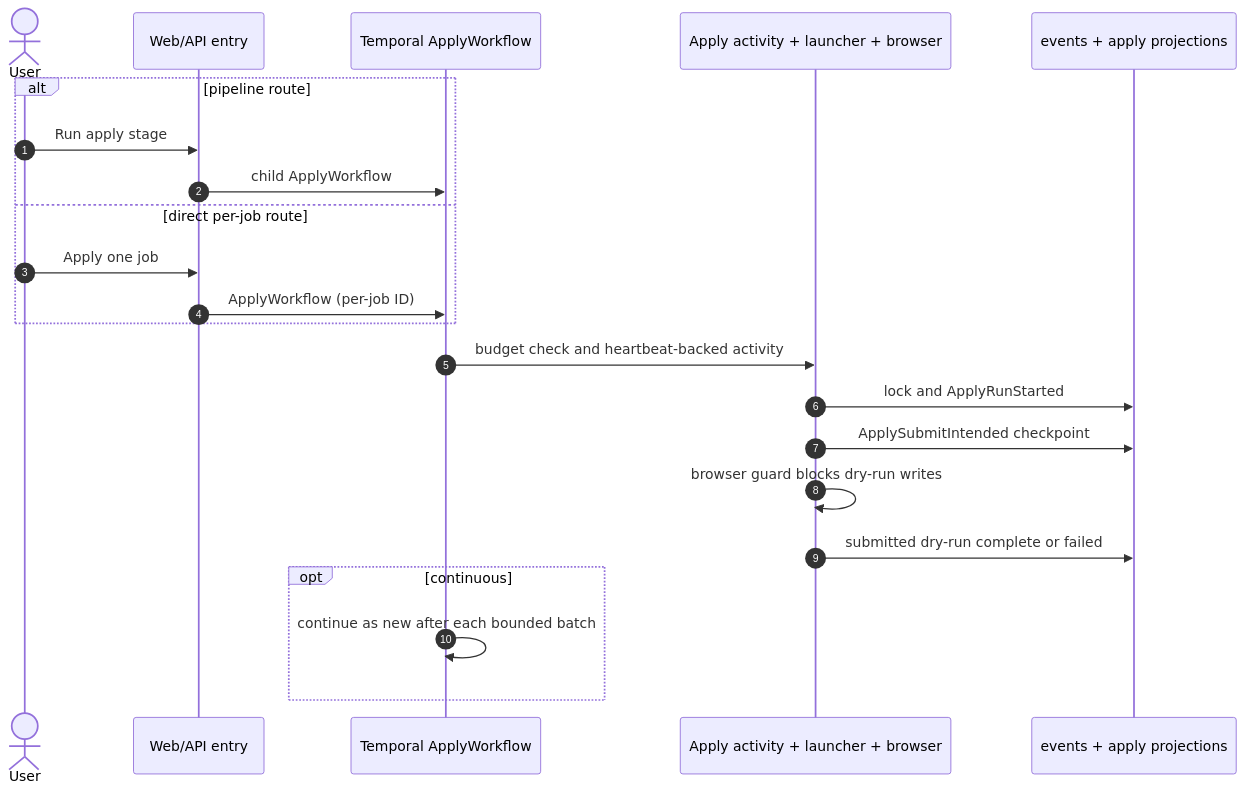
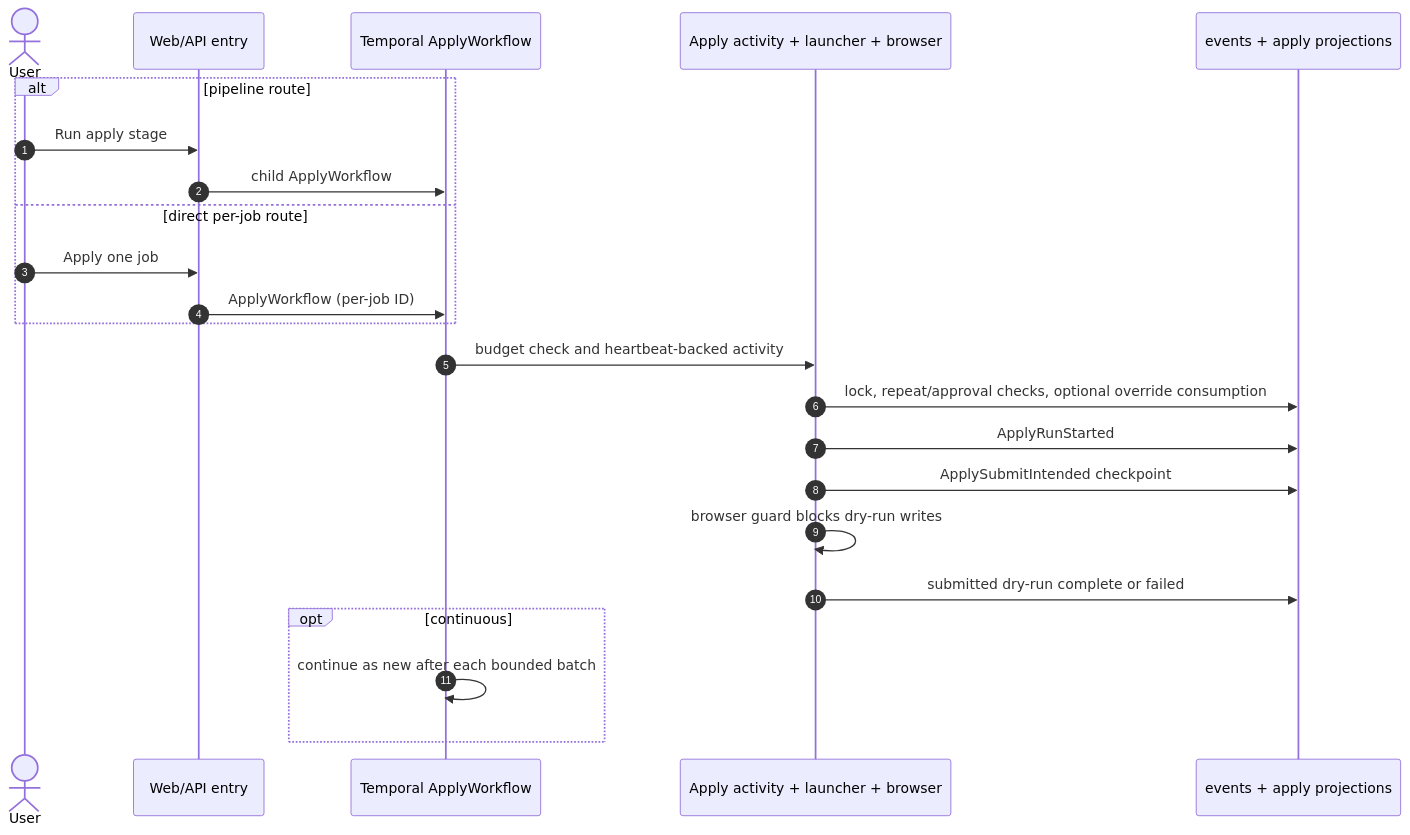
The sixth of 7 diagrams in docs/architecture/pipeline/stages.md (ebarti/JobCtrl), drawn with Mermaid before and after one commit. The commit also changed other lines of this file and 49 other files, not shown here.

First line of the commit message:
feat(apply): prevent repeat applications (#474)

````diff
--- a/docs/architecture/pipeline/stages.md
+++ b/docs/architecture/pipeline/stages.md
@@ -365,25 +365,26 @@
 ```mermaid
 sequenceDiagram
     autonumber
     actor User
     participant Entry as Web/API entry
     participant Flow as Temporal ApplyWorkflow
     participant Runner as Apply activity + launcher + browser
     participant Store as events + apply projections
 
     alt pipeline route
         User->>Entry: Run apply stage
         Entry->>Flow: child ApplyWorkflow
     else direct per-job route
         User->>Entry: Apply one job
         Entry->>Flow: ApplyWorkflow (per-job ID)
     end
     Flow->>Runner: budget check and heartbeat-backed activity
-    Runner->>Store: lock and ApplyRunStarted
+    Runner->>Store: lock, repeat/approval checks, optional override consumption
+    Runner->>Store: ApplyRunStarted
     Runner->>Store: ApplySubmitIntended checkpoint
     Runner->>Runner: browser guard blocks dry-run writes
     Runner->>Store: submitted dry-run complete or failed
     opt continuous
         Flow->>Flow: continue as new after each bounded batch
     end
 ```
````
